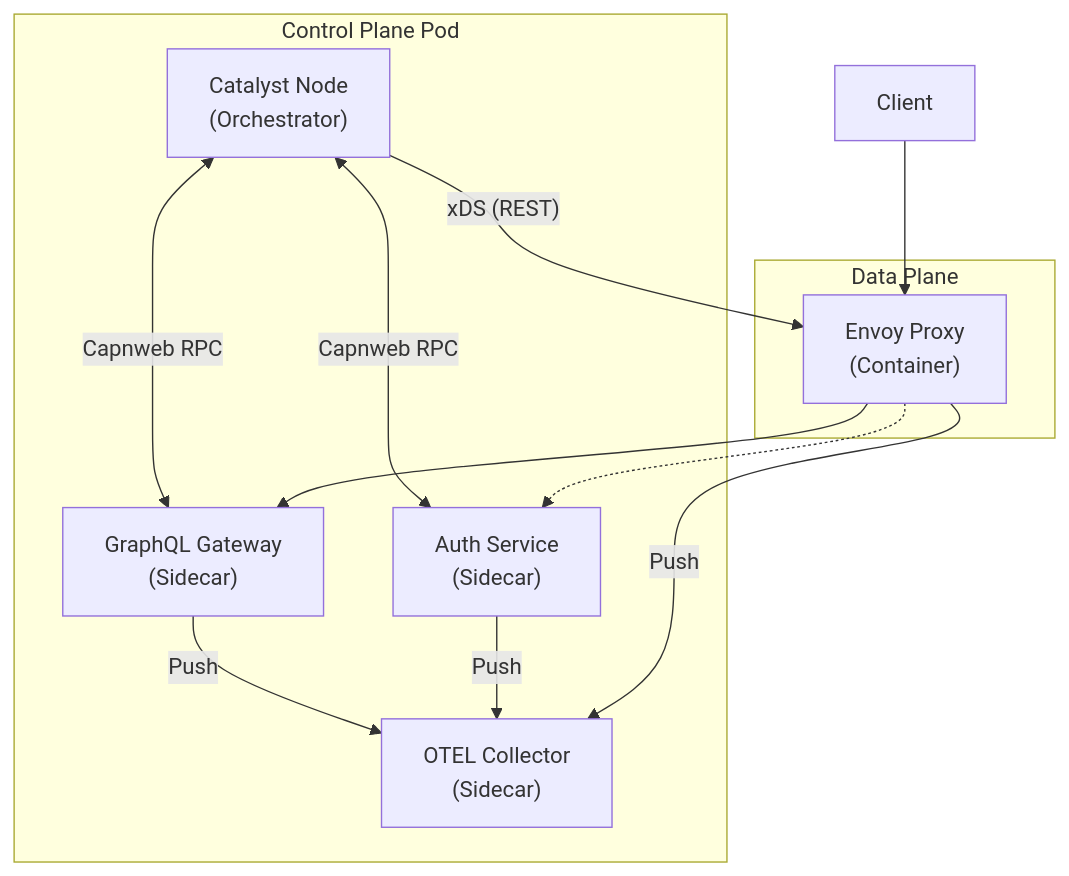
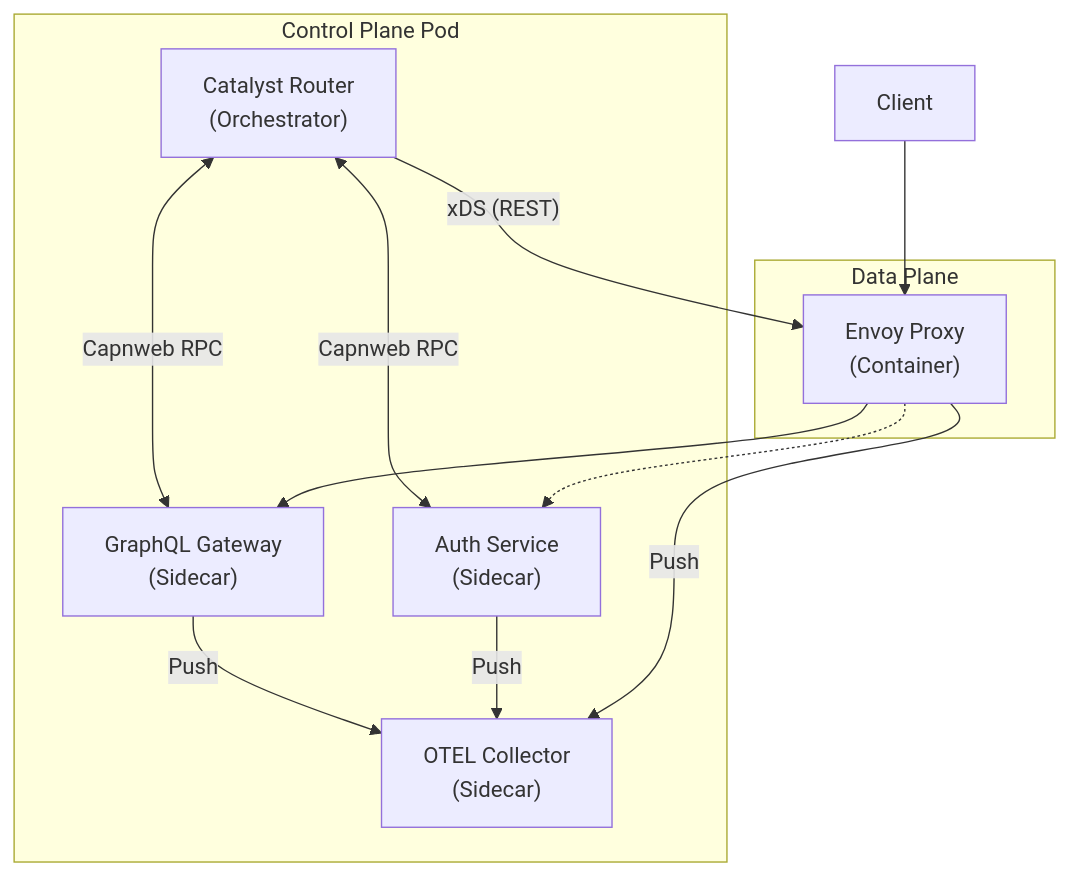
The first of 2 diagrams in ARCHITECTURE.md (orbisoperations/catalyst-router), drawn with Mermaid before and after one commit. The commit also changed other lines of this file and 33 other files, not shown here.

First line of the commit message:
docs: rename project from Catalyst Node to Catalyst Router

````diff
--- a/ARCHITECTURE.md
+++ b/ARCHITECTURE.md
@@ -7,30 +7,30 @@
 ```mermaid
 graph TD
     subgraph DataPlane [Data Plane]
         Envoy["Envoy Proxy <br/> (Container)"]
     end
 
     subgraph ControlPlane [Control Plane Pod]
-        Orchestrator["Catalyst Node <br/> (Orchestrator)"]
+        Orchestrator["Catalyst Router <br/> (Orchestrator)"]
         GQL["GraphQL Gateway <br/> (Sidecar)"]
         Auth["Auth Service <br/> (Sidecar)"]
         OTEL["OTEL Collector <br/> (Sidecar)"]
     end
 
     %% xDS Configuration
     Orchestrator --"xDS (REST)"--> Envoy
 
     %% RPC Coordination
     Orchestrator <--"Capnweb RPC"--> GQL
     Orchestrator <--"Capnweb RPC"--> Auth
 
     %% Metrics
     GQL --"Push"--> OTEL
     Auth --"Push"--> OTEL
     Envoy --"Push"--> OTEL
 
     %% Public Traffic
     Client[Client] --> Envoy
     Envoy --> GQL
     Envoy -.-> Auth
 ```
````
